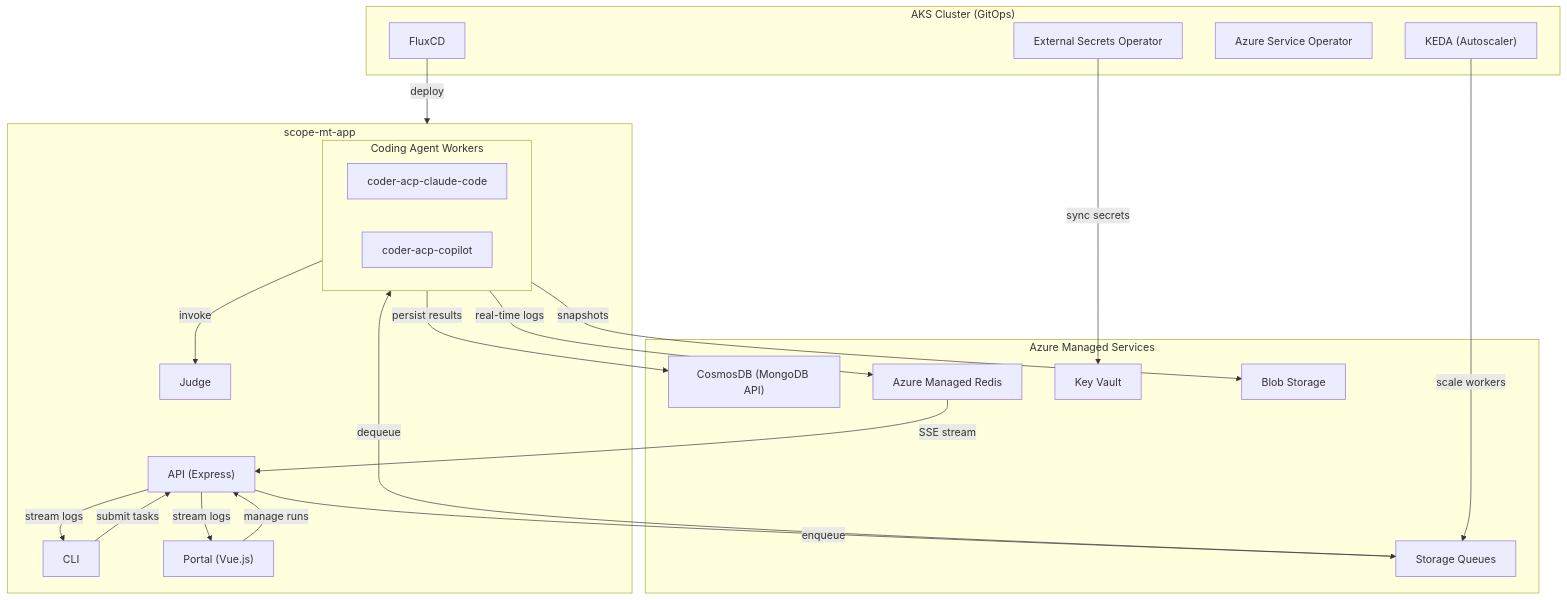
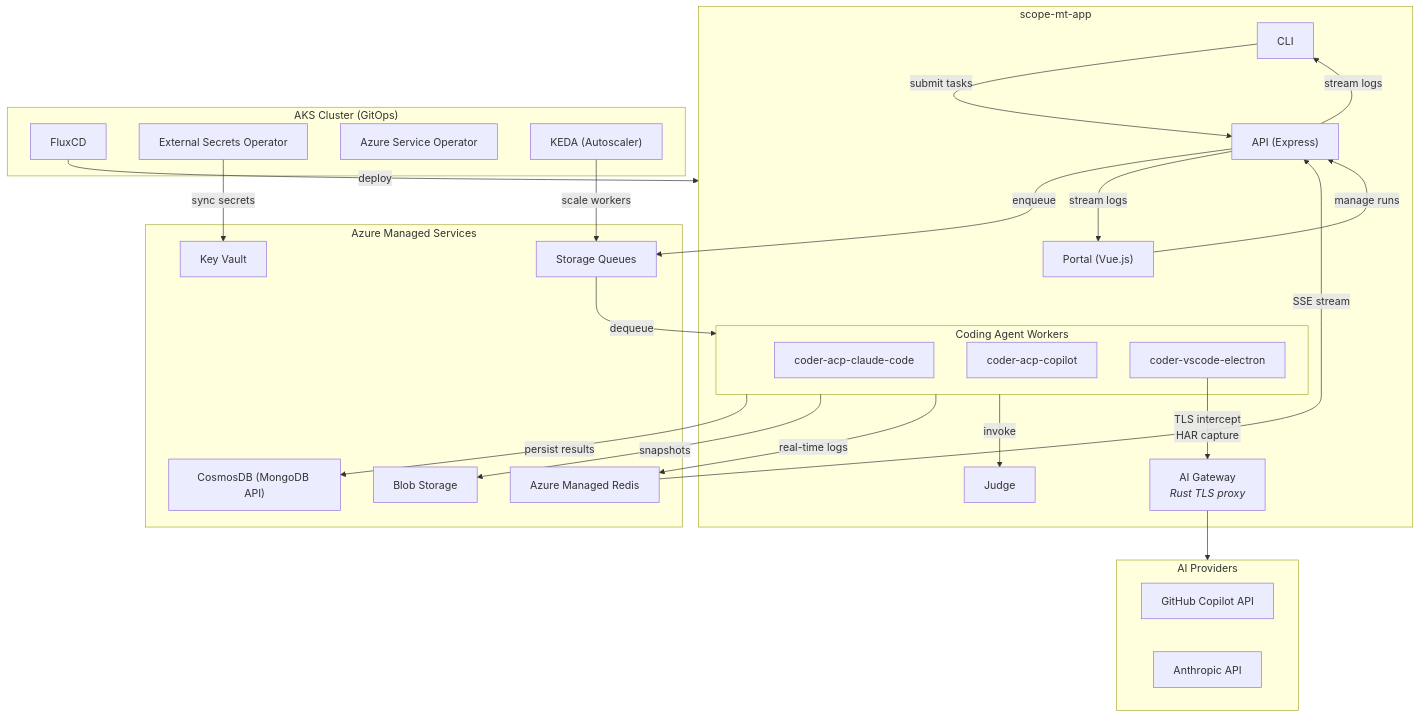
One commit to Gile987/scope changed the diagram in docs/architecture/overview.md. Above: the diagram before and after it, drawn with Mermaid. The commit also changed other lines of this file and 3 other files, not shown here.

First line of the commit message:
docs: update architecture docs to reflect AI gateway replacing DevProxy for VS Code Electron

````diff
--- a/docs/architecture/overview.md
+++ b/docs/architecture/overview.md
@@ -9,43 +9,52 @@
 ```mermaid
 flowchart TB
     subgraph App["scope-mt-app"]
         CLI["CLI"]
         Portal["Portal (Vue.js)"]
         API["API (Express)"]
         Judge["Judge"]
+        GW["AI Gateway<br/><i>Rust TLS proxy</i>"]
         subgraph Workers["Coding Agent Workers"]
             Claude["coder-acp-claude-code"]
             Copilot["coder-acp-copilot"]
+            VSCodeElectron["coder-vscode-electron"]
         end
     end
 
     subgraph Azure["Azure Managed Services"]
         Queues["Storage Queues"]
         CosmosDB["CosmosDB (MongoDB API)"]
         Redis["Azure Managed Redis"]
         KV["Key Vault"]
         Blob["Blob Storage"]
     end
 
     subgraph AKS["AKS Cluster (GitOps)"]
         Flux["FluxCD"]
         ESO["External Secrets Operator"]
         ASO["Azure Service Operator"]
         KEDA["KEDA (Autoscaler)"]
     end
 
+    subgraph AI["AI Providers"]
+        CopilotAPI["GitHub Copilot API"]
+        AnthropicAPI["Anthropic API"]
+    end
+
     CLI -->|submit tasks| API
     Portal -->|manage runs| API
     API -->|enqueue| Queues
     Queues -->|dequeue| Workers
     Workers -->|persist results| CosmosDB
     Workers -->|snapshots| Blob
     Workers -->|real-time logs| Redis
     Workers -->|invoke| Judge
+    VSCodeElectron -->|"TLS intercept<br/>HAR capture"| GW
+    GW --> AI
     Redis -->|SSE stream| API
     API -->|stream logs| CLI
     API -->|stream logs| Portal
     ESO -->|sync secrets| KV
     KEDA -->|scale workers| Queues
     Flux -->|deploy| App
 ```
````
